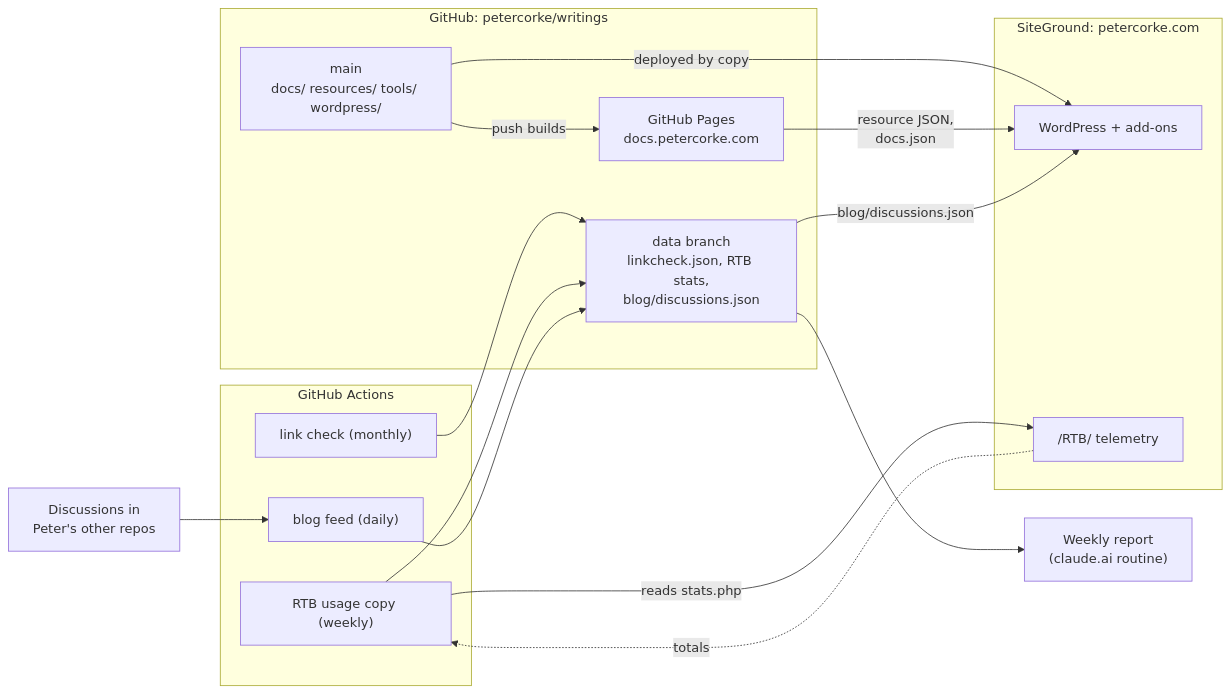
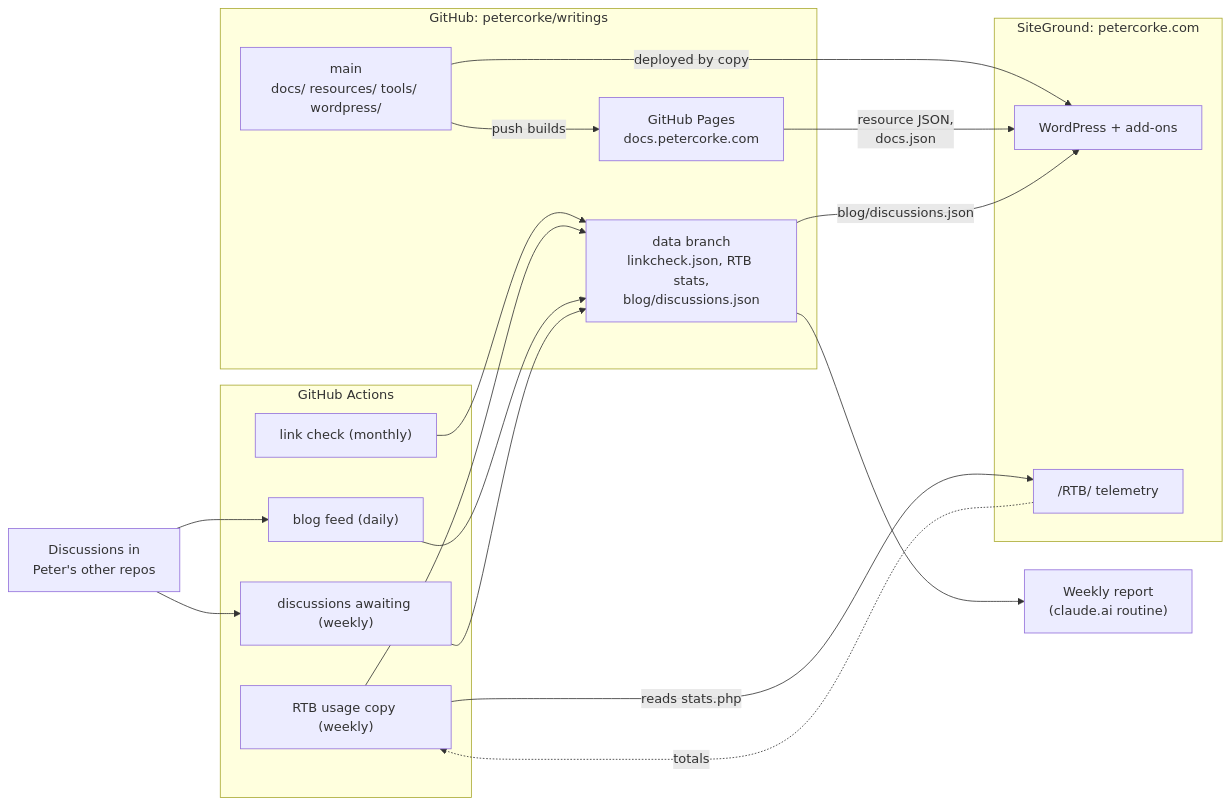
Before and after one commit to petercorke/writings: the diagram in ARCHITECTURE.md, drawn with Mermaid. The commit also changed other lines of this file and 3 other files, not shown here.

First line of the commit message:
Weekly report: which GitHub Discussions are waiting for Peter's reply

````diff
--- a/ARCHITECTURE.md
+++ b/ARCHITECTURE.md
@@ -26,30 +26,32 @@
 ```mermaid
 flowchart LR
   subgraph GH["GitHub: petercorke/writings"]
     main["main<br/>docs/ resources/ tools/ wordpress/"]
     data["data branch<br/>linkcheck.json, RTB stats,<br/>blog/discussions.json"]
     pages["GitHub Pages<br/>docs.petercorke.com"]
     main -- "push builds" --> pages
   end
   subgraph ACT["GitHub Actions"]
     lc["link check (monthly)"]
     rs["RTB usage copy (weekly)"]
     bf["blog feed (daily)"]
+    da["discussions awaiting (weekly)"]
   end
   subgraph SG["SiteGround: petercorke.com"]
     wp["WordPress + add-ons"]
     rtb["/RTB/ telemetry"]
   end
   disc["Discussions in<br/>Peter's other repos"]
   rep["Weekly report<br/>(claude.ai routine)"]
 
   main -- "deployed by copy" --> wp
   pages -- "resource JSON,<br/>docs.json" --> wp
   lc --> data
   rs -- "reads stats.php" --> rtb
   rs --> data
   disc --> bf --> data
+  disc --> da --> data
   data -- "blog/discussions.json" --> wp
   data --> rep
   rtb -. totals .-> rs
 ```
````
